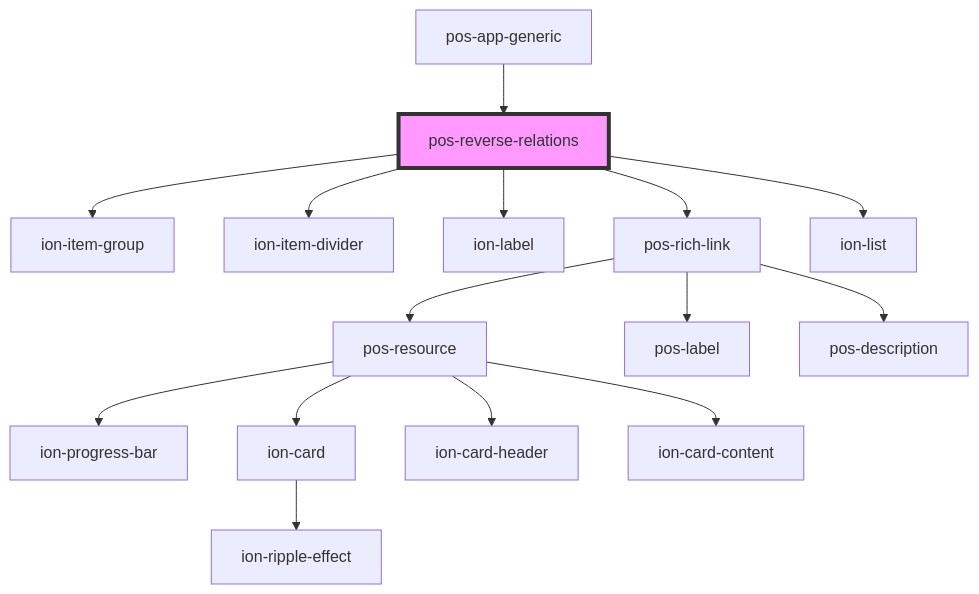
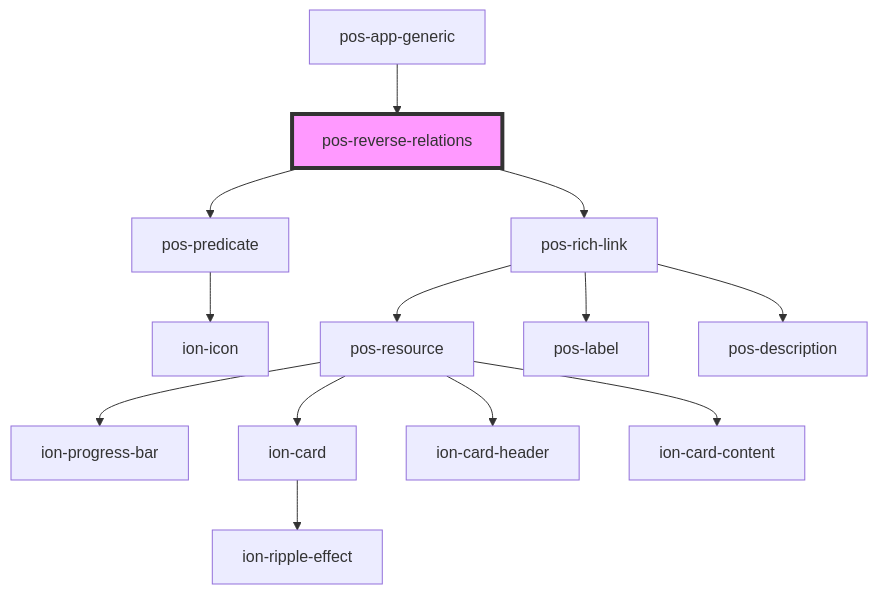
Before and after one commit to pod-os/PodOS: the diagram in docs/elements/components/pos-reverse-relations/readme.md, drawn with Mermaid. The commit also changed other lines of this file and 9 other files, not shown here.

````diff
--- a/docs/elements/components/pos-reverse-relations/readme.md
+++ b/docs/elements/components/pos-reverse-relations/readme.md
@@ -30,18 +27,16 @@
 ```mermaid
 graph TD;
-  pos-reverse-relations --> ion-item-group
-  pos-reverse-relations --> ion-item-divider
-  pos-reverse-relations --> ion-label
+  pos-reverse-relations --> pos-predicate
   pos-reverse-relations --> pos-rich-link
-  pos-reverse-relations --> ion-list
+  pos-predicate --> ion-icon
   pos-rich-link --> pos-resource
   pos-rich-link --> pos-label
   pos-rich-link --> pos-description
   pos-resource --> ion-progress-bar
   pos-resource --> ion-card
   pos-resource --> ion-card-header
   pos-resource --> ion-card-content
   ion-card --> ion-ripple-effect
   pos-app-generic --> pos-reverse-relations
   style pos-reverse-relations fill:#f9f,stroke:#333,stroke-width:4px
 ```
````
